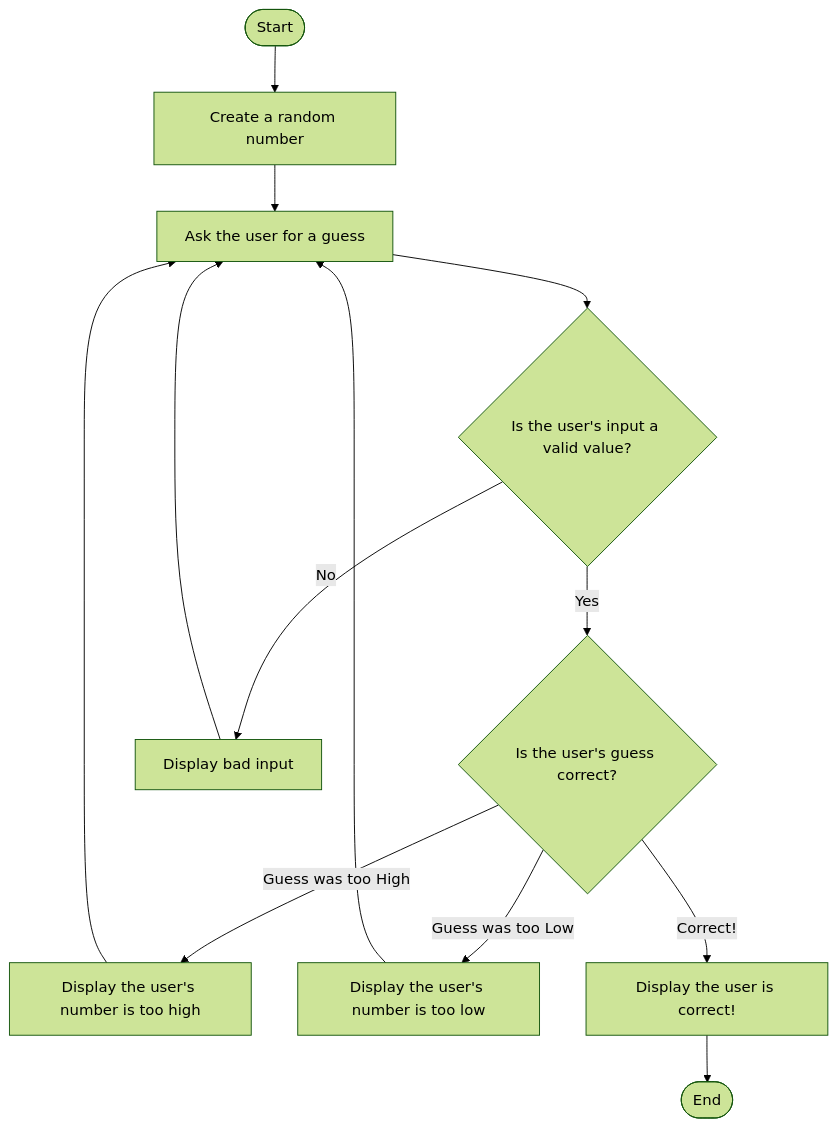
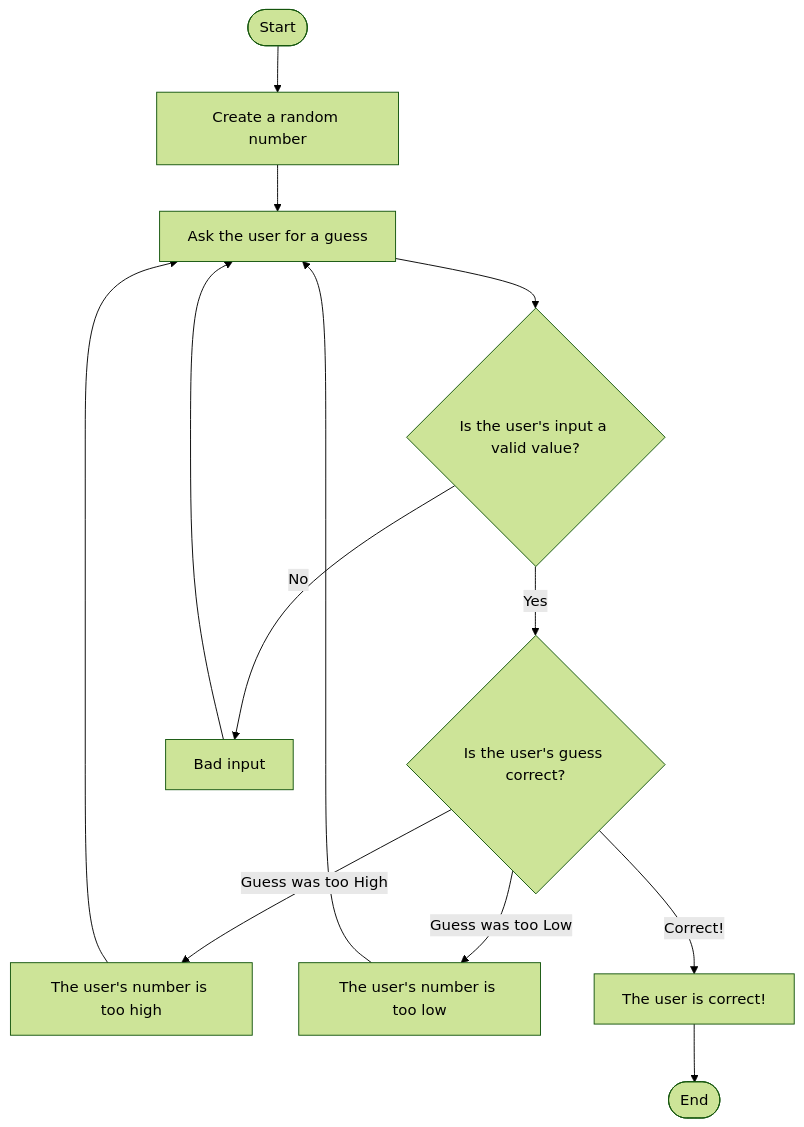
One commit to rmjohnson12/rmjohnson12.github.io changed the diagram in guessing.md. Above: the diagram before and after it, drawn with Mermaid (forest theme).

````diff
--- a/guessing.md
+++ b/guessing.md
@@ -1,15 +1,15 @@
 ```mermaid
 flowchart TD
     Start([Start]) --> A[Create a random number]
     A --> B[Ask the user for a guess]
     B --> C{Is the user's input a valid value?}
     C -- "Yes" --> D{Is the user's guess correct?}
-    C -- "No" --> E[Display bad input]
+    C -- "No" --> E[Bad input]
     E --> B
-    D -- "Guess was too High" --> F[Display the user's number is too high]
+    D -- "Guess was too High" --> F[The user's number is too high]
     F --> B
-    D -- "Guess was too Low" --> G[Display the user's number is too low]
+    D -- "Guess was too Low" --> G[The user's number is too low]
     G --> B
-    D -- "Correct!" --> H[Display the user is correct!]
+    D -- "Correct!" --> H[The user is correct!]
     H --> End([End])
 ```
````
